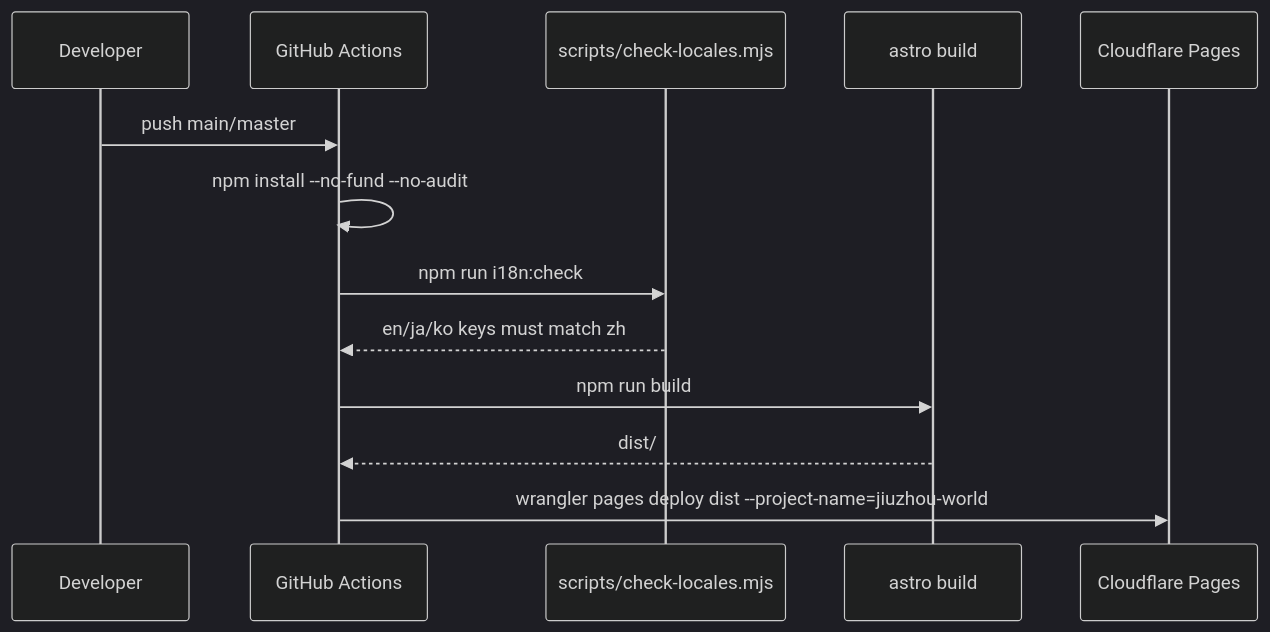
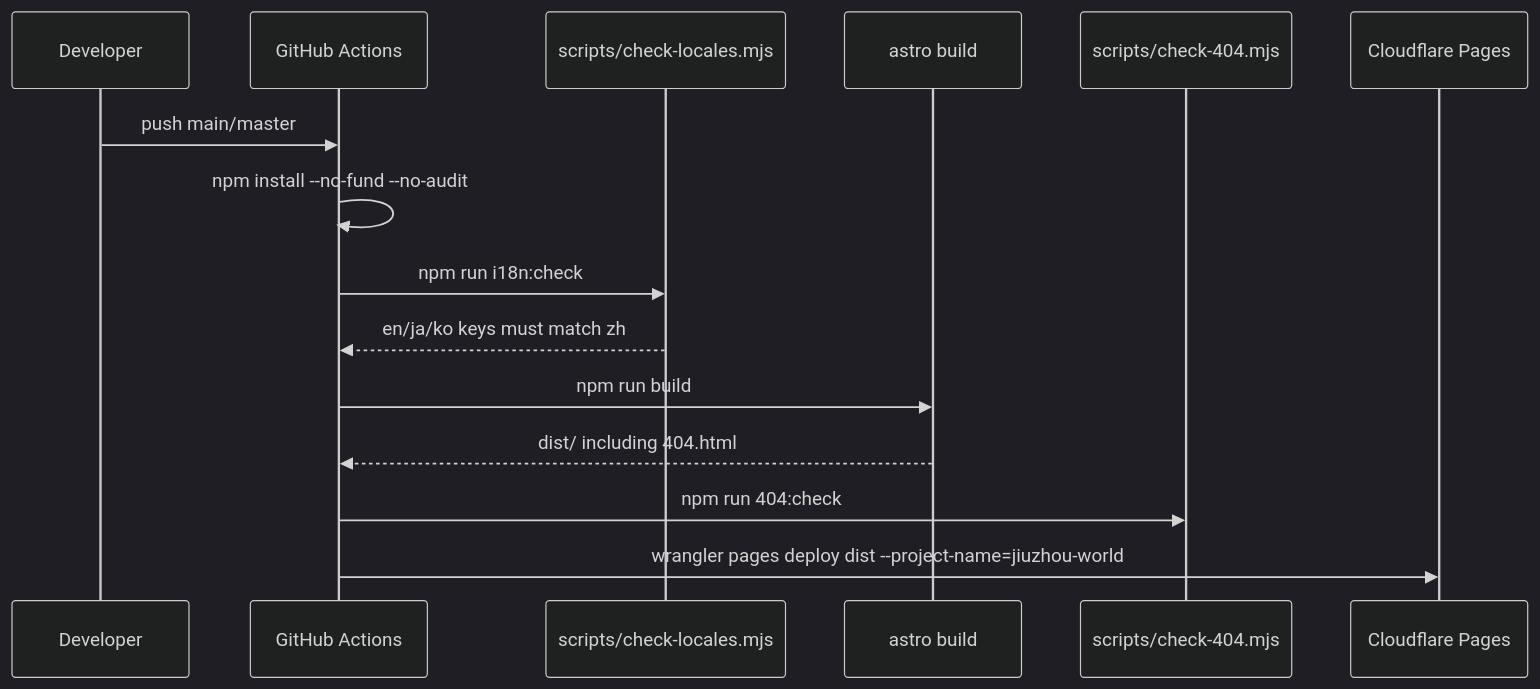
The seventh of 7 diagrams in brain/flow.md (robinv8/jiuzhou-world), drawn with Mermaid (dark theme) before and after one commit. The commit also changed other lines of this file and 8 other files, not shown here.

````diff
--- a/brain/flow.md
+++ b/brain/flow.md
@@ -99,15 +117,17 @@
 ```mermaid
 sequenceDiagram
   participant Dev as Developer
   participant CI as GitHub Actions
   participant Check as scripts/check-locales.mjs
   participant Build as astro build
+  participant Guard as scripts/check-404.mjs
   participant CF as Cloudflare Pages
   Dev->>CI: push main/master
   CI->>CI: npm install --no-fund --no-audit
   CI->>Check: npm run i18n:check
   Check-->>CI: en/ja/ko keys must match zh
   CI->>Build: npm run build
-  Build-->>CI: dist/
+  Build-->>CI: dist/ including 404.html
+  CI->>Guard: npm run 404:check
   CI->>CF: wrangler pages deploy dist --project-name=jiuzhou-world
 ```
````
